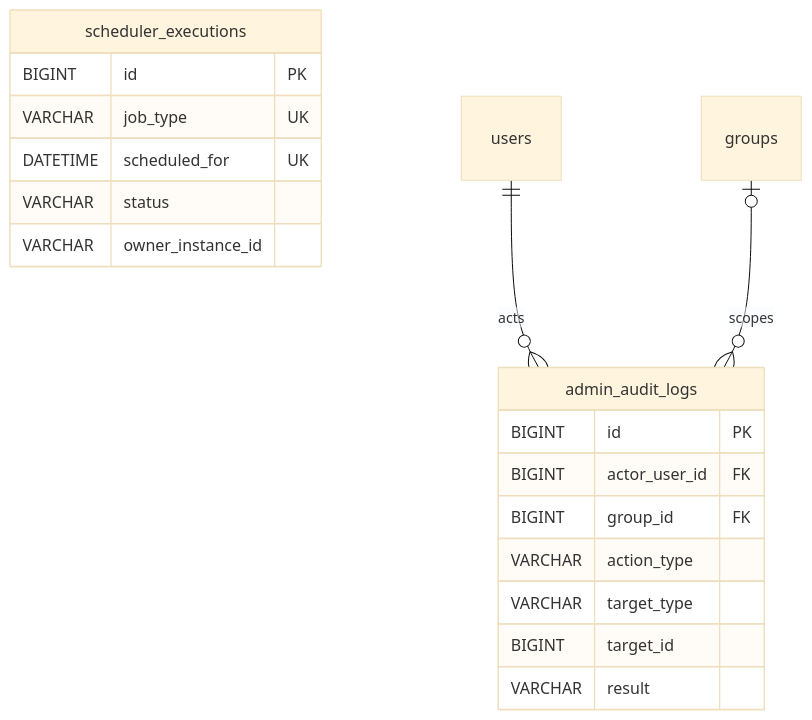
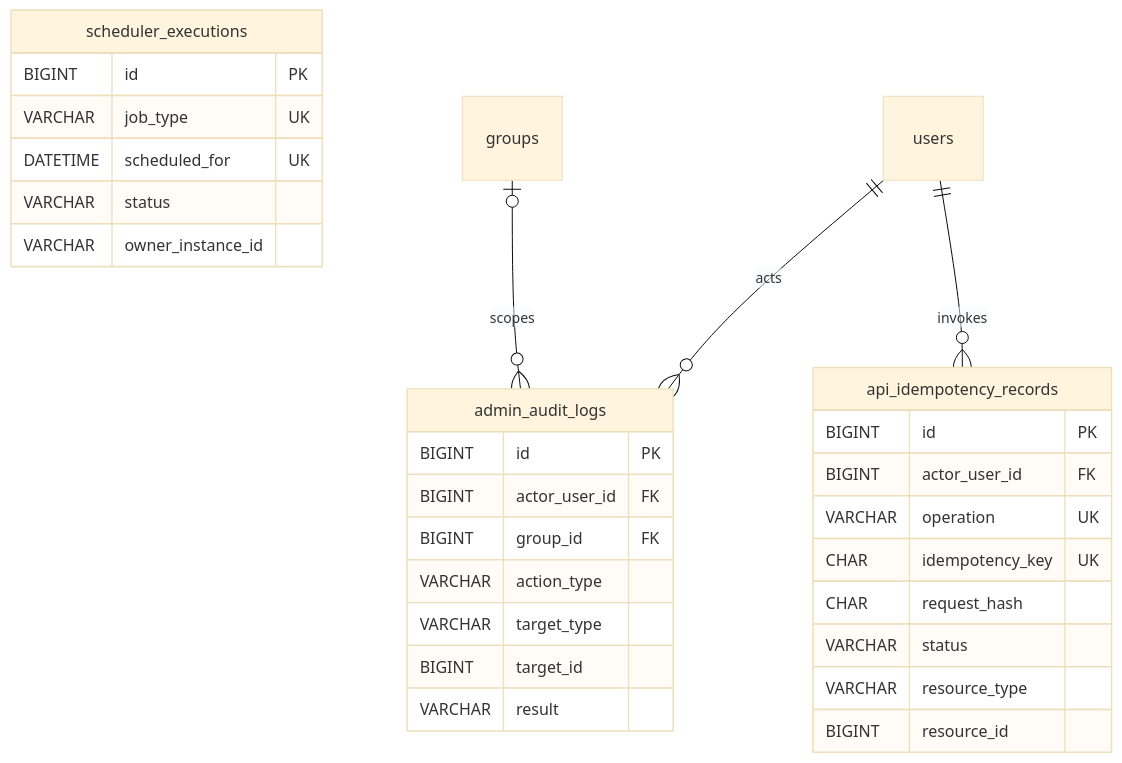
Before and after one commit to heebaek200/shared-creature-game: the fifth of 5 diagrams in docs/database-design.md, drawn with Mermaid (base theme). The commit also changed other lines of this file and 16 other files, not shown here.

````diff
--- a/docs/database-design.md
+++ b/docs/database-design.md
@@ -426,22 +428,33 @@
 ```mermaid
 erDiagram
     scheduler_executions {
         BIGINT id PK
         VARCHAR job_type UK
         DATETIME scheduled_for UK
         VARCHAR status
         VARCHAR owner_instance_id
     }
     admin_audit_logs {
         BIGINT id PK
         BIGINT actor_user_id FK
         BIGINT group_id FK
         VARCHAR action_type
         VARCHAR target_type
         BIGINT target_id
         VARCHAR result
     }
+    api_idempotency_records {
+        BIGINT id PK
+        BIGINT actor_user_id FK
+        VARCHAR operation UK
+        CHAR idempotency_key UK
+        CHAR request_hash
+        VARCHAR status
+        VARCHAR resource_type
+        BIGINT resource_id
+    }
 
     users ||--o{ admin_audit_logs : acts
+    users ||--o{ api_idempotency_records : invokes
     groups o|--o{ admin_audit_logs : scopes
 ```
````
